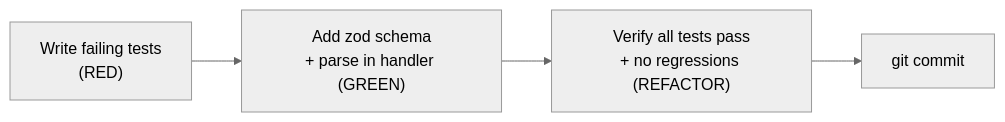
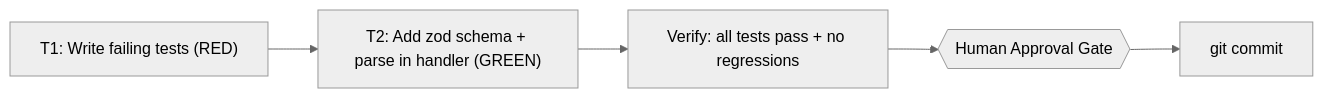
One commit to belajarcarabelajar/ai-skills changed the diagram in examples/worked-example.md. Above: the diagram before and after it, drawn with Mermaid (neutral theme). The commit also changed other lines of this file and 7 other files, not shown here.

Commit message:
feat: mandate mermaid in planning and add orchestration snippet

````diff
--- a/examples/worked-example.md
+++ b/examples/worked-example.md
@@ -42,6 +42,7 @@
 ```mermaid
 flowchart LR
-    A["Write failing tests\n(RED)"] --> B["Add zod schema\n+ parse in handler (GREEN)"]
-    B --> C["Verify all tests pass\n+ no regressions (REFACTOR)"]
-    C --> D["git commit"]
+    T1["T1: Write failing tests (RED)"] --> T2["T2: Add zod schema + parse in handler (GREEN)"]
+    T2 --> Verify["Verify: all tests pass + no regressions"]
+    Verify --> Gate{{"Human Approval Gate"}}
+    Gate --> Done["git commit"]
 ```
````
